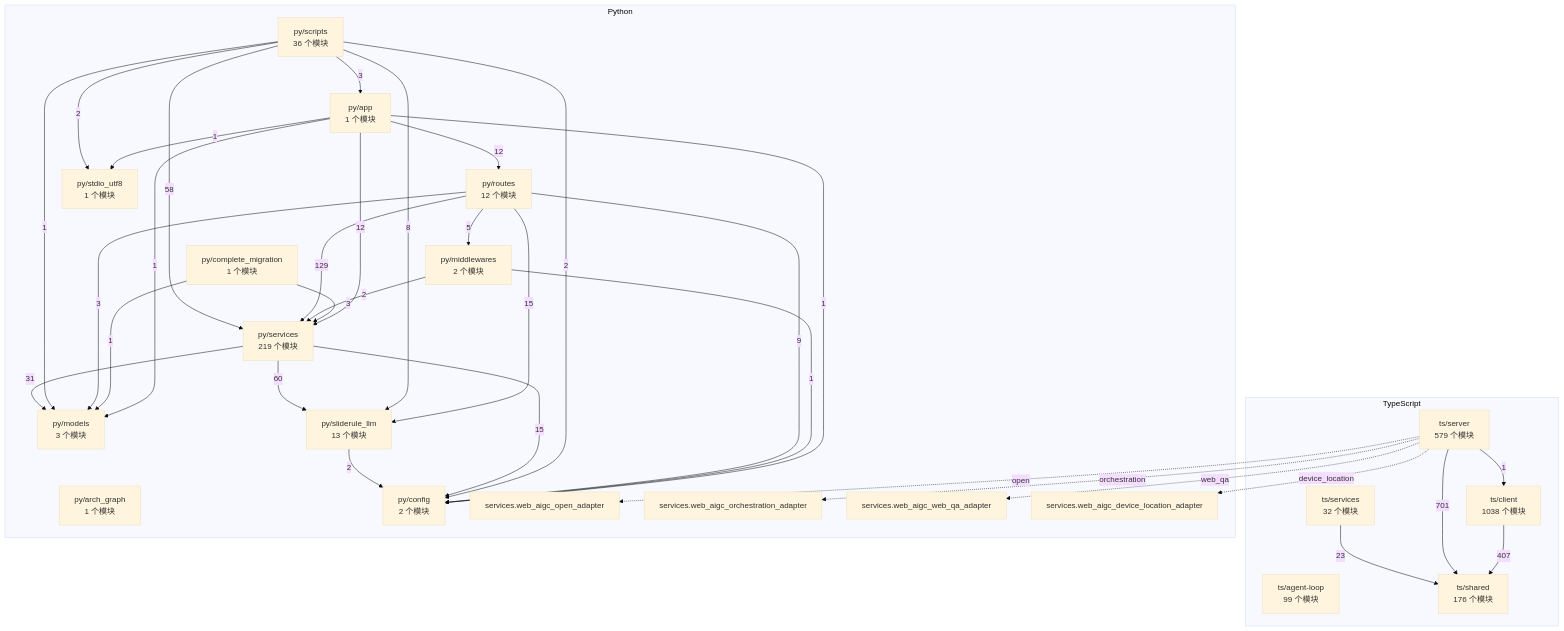
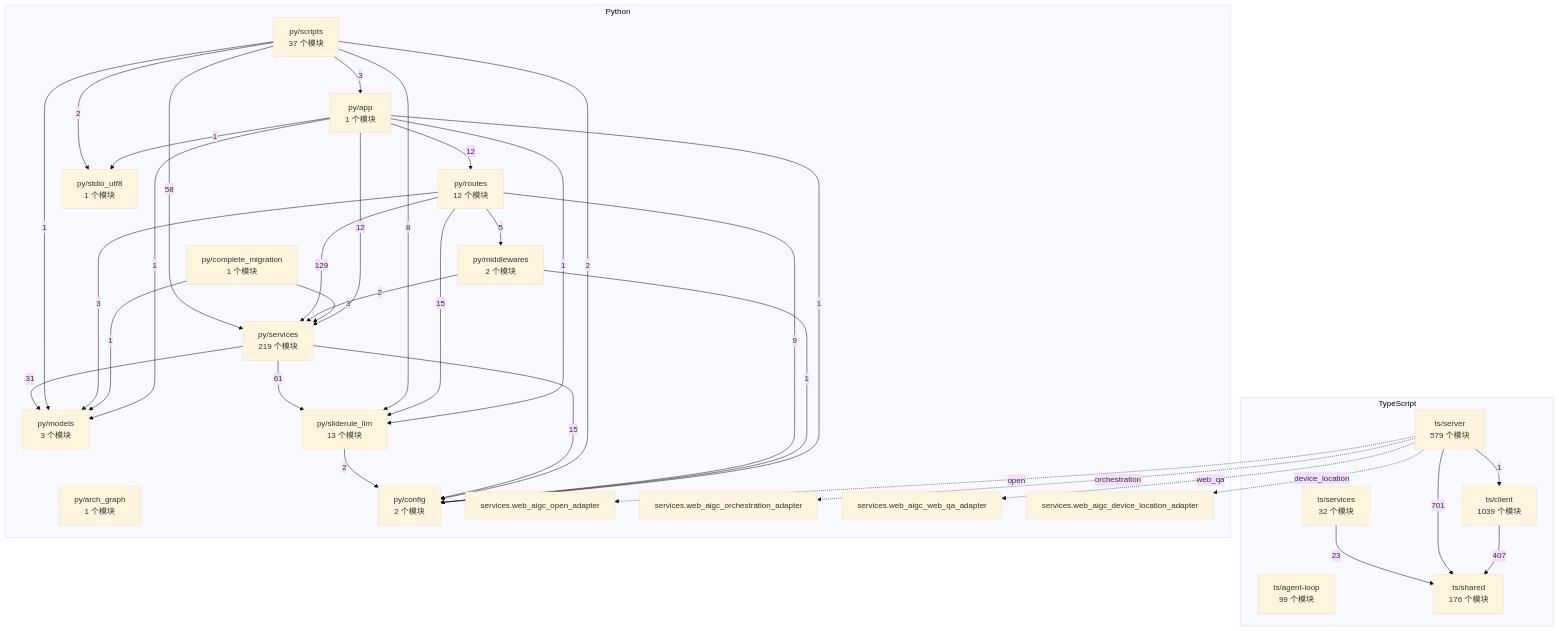
Before and after one commit to 2686521696/WhyBuddy: the diagram in docs/WhyBuddy 全仓架构图（自动生成）.md, drawn with Mermaid (base theme). The commit also changed 5 other files, not shown here.

First line of the commit message:
四张权威架构图重新生成；生成器收进 package.json 一处入口

````diff
--- a/docs/WhyBuddy 全仓架构图（自动生成）.md
+++ b/docs/WhyBuddy 全仓架构图（自动生成）.md
@@ -14,59 +14,60 @@
 ```mermaid
 flowchart TB
   subgraph ts [TypeScript]
     ts_agent_loop["ts/agent-loop<br/>99 个模块"]
-    ts_client["ts/client<br/>1038 个模块"]
+    ts_client["ts/client<br/>1039 个模块"]
     ts_server["ts/server<br/>579 个模块"]
     ts_services["ts/services<br/>32 个模块"]
     ts_shared["ts/shared<br/>176 个模块"]
   end
   subgraph py [Python]
     py_app["py/app<br/>1 个模块"]
     py_arch_graph["py/arch_graph<br/>1 个模块"]
     py_complete_migration["py/complete_migration<br/>1 个模块"]
     py_config["py/config<br/>2 个模块"]
     py_middlewares["py/middlewares<br/>2 个模块"]
     py_models["py/models<br/>3 个模块"]
     py_routes["py/routes<br/>12 个模块"]
-    py_scripts["py/scripts<br/>36 个模块"]
+    py_scripts["py/scripts<br/>37 个模块"]
     py_services["py/services<br/>219 个模块"]
     py_sliderule_llm["py/sliderule_llm<br/>13 个模块"]
     py_stdio_utf8["py/stdio_utf8<br/>1 个模块"]
     py_services_web_aigc_open_adapter["services.web_aigc_open_adapter"]
     py_services_web_aigc_orchestration_adapter["services.web_aigc_orchestration_adapter"]
     py_services_web_aigc_web_qa_adapter["services.web_aigc_web_qa_adapter"]
     py_services_web_aigc_device_location_adapter["services.web_aigc_device_location_adapter"]
   end
   ts_client -->|407| ts_shared
   ts_server -->|1| ts_client
   ts_server -->|701| ts_shared
   ts_services -->|23| ts_shared
   py_app -->|1| py_config
   py_app -->|1| py_models
   py_app -->|12| py_routes
   py_app -->|12| py_services
+  py_app -->|1| py_sliderule_llm
   py_app -->|1| py_stdio_utf8
   py_complete_migration -->|1| py_models
   py_complete_migration -->|3| py_services
   py_middlewares -->|1| py_config
   py_middlewares -->|2| py_services
   py_routes -->|9| py_config
   py_routes -->|5| py_middlewares
   py_routes -->|3| py_models
   py_routes -->|129| py_services
   py_routes -->|15| py_sliderule_llm
   py_scripts -->|3| py_app
   py_scripts -->|2| py_config
   py_scripts -->|1| py_models
   py_scripts -->|58| py_services
   py_scripts -->|8| py_sliderule_llm
   py_scripts -->|2| py_stdio_utf8
   py_services -->|15| py_config
   py_services -->|31| py_models
-  py_services -->|60| py_sliderule_llm
+  py_services -->|61| py_sliderule_llm
   py_sliderule_llm -->|2| py_config
   ts_server -.->|open| py_services_web_aigc_open_adapter
   ts_server -.->|orchestration| py_services_web_aigc_orchestration_adapter
   ts_server -.->|web_qa| py_services_web_aigc_web_qa_adapter
   ts_server -.->|device_location| py_services_web_aigc_device_location_adapter
 ```
````
